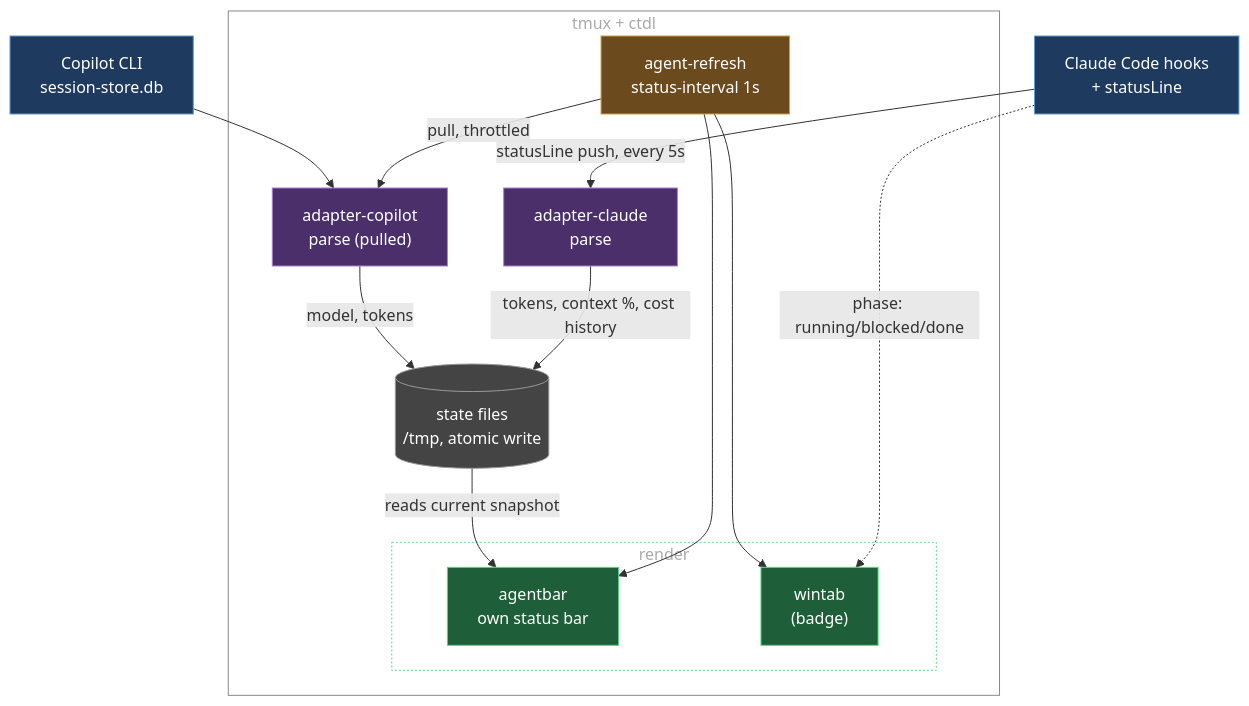
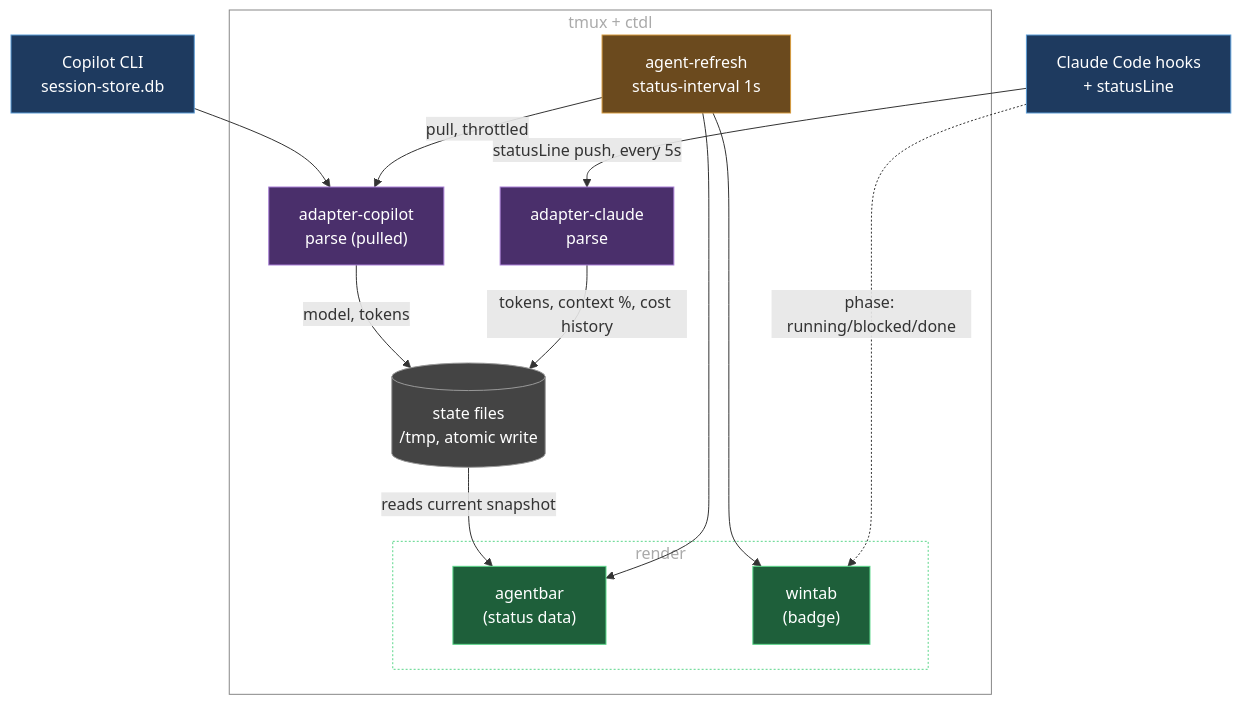
The diagram in README.md (marcintk/tmux-ctdl), drawn with Mermaid before and after one commit.

Commit message:
docs: rename diagram node label to "agentbar (status data)"

````diff
--- a/README.md
+++ b/README.md
@@ -113,36 +113,36 @@
 ```mermaid
 graph TD
   claude["Claude Code hooks<br/>+ statusLine"]:::src
   copilot["Copilot CLI<br/>session-store.db"]:::src
 
   subgraph ctdl["tmux + ctdl"]
     tick["agent-refresh<br/>status-interval 1s"]:::sched
     adapterClaude["adapter-claude<br/>parse"]:::adapter
     adapterCopilot["adapter-copilot<br/>parse (pulled)"]:::adapter
     state[("state files<br/>/tmp, atomic write")]:::store
     subgraph render["render"]
-      agentbar["agentbar<br/>own status bar"]:::out
+      agentbar["agentbar<br/>(status data)"]:::out
       wintab["wintab<br/>(badge)"]:::out
     end
   end
 
   claude -- statusLine push, every 5s --> adapterClaude
   tick -- pull, throttled --> adapterCopilot
   copilot --> adapterCopilot
 
   adapterClaude -- tokens, context %, cost history --> state
   adapterCopilot -- model, tokens --> state
   claude -. phase: running/blocked/done .-> wintab
 
   tick --> agentbar
   tick --> wintab
   state -- reads current snapshot --> agentbar
 
   classDef src fill:#1e3a5f,stroke:#5b9bd5,color:#fff
   classDef adapter fill:#4a2f6b,stroke:#a97fd6,color:#fff
   classDef store fill:#444,stroke:#999,color:#fff
   classDef sched fill:#6b4a1e,stroke:#d69a3f,color:#fff
   classDef out fill:#1e5f3a,stroke:#5bd68a,color:#fff
   style ctdl fill:none,stroke:#888,color:#aaa
   style render fill:none,stroke:#5bd68a,stroke-dasharray:2 2,color:#aaa
 ```
````
